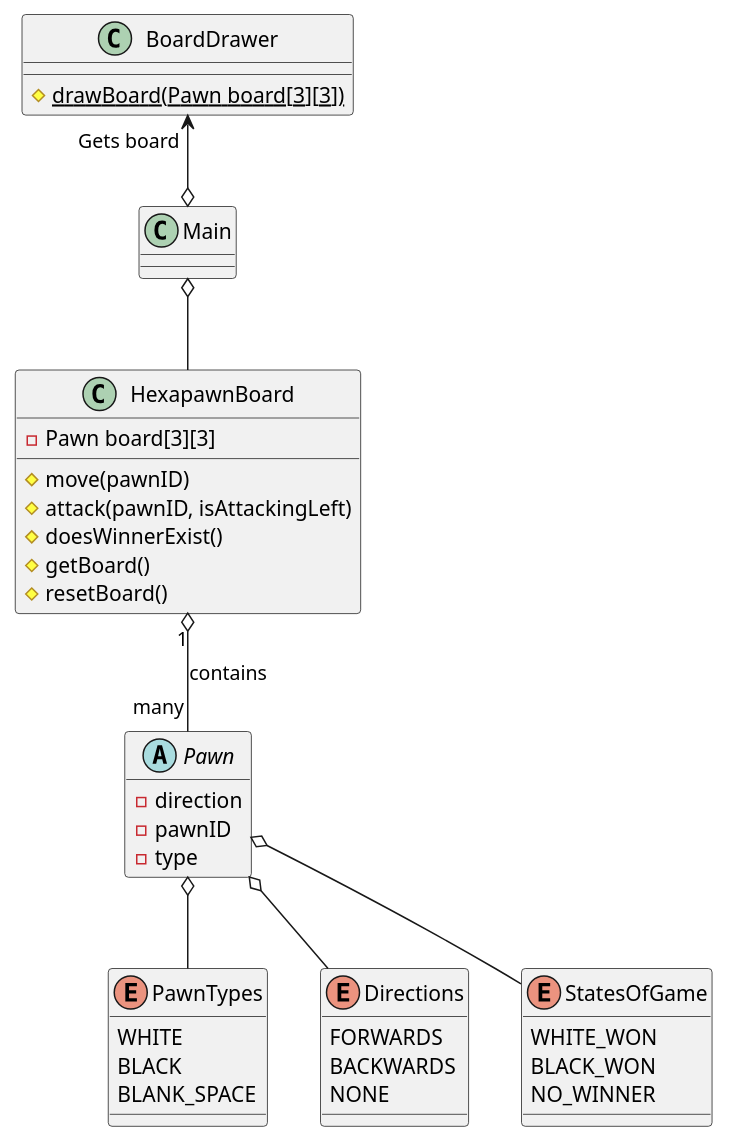
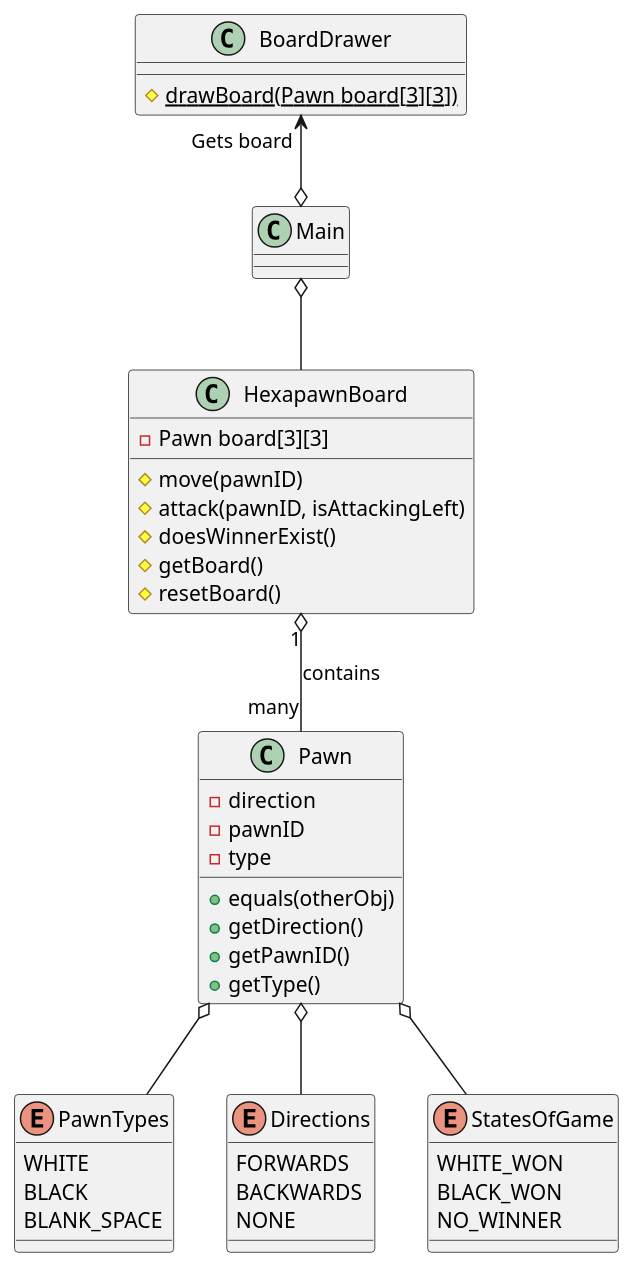
Before and after one commit to builderJP/hexapawn: the diagram in src/HexapawnClassDiagram.puml, drawn with PlantUML.

Commit message:
Docs: Updated UML Diagram

```diff
--- a/src/HexapawnClassDiagram.puml
+++ b/src/HexapawnClassDiagram.puml
@@ -1,73 +1,57 @@
 @startuml
 'https://plantuml.com/class-diagram
 
 
-abstract class Pawn{
+class Pawn{
     - direction
     - {field} pawnID
     - type
-    attack(isAttackingLeft)
-    move()
-}
-
-class PlayerPawn{
-    direction = up
-    # pawnID = 1, 2, or 3
-    type = PLAYER
-}
-
-class AIPawn{
-    direction = down
-    # pawnID = -1, -2, or -3
-    type = AI
+    + equals(otherObj)
+    + getDirection()
+    + getPawnID()
+    + getType()
 }
 
 class HexapawnBoard{
     - Pawn board[3][3]
     # move(pawnID)
     # attack(pawnID, isAttackingLeft)
     # doesWinnerExist()
     # getBoard()
     # resetBoard()
 }
 
 class BoardDrawer{
     # {static} drawBoard(Pawn board[3][3])
 }
 
 class Main{
 
 }
 
 enum PawnTypes{
     WHITE
     BLACK
     BLANK_SPACE
 }
 
 enum Directions{
     FORWARDS
     BACKWARDS
     NONE
 }
 
 enum StatesOfGame{
     WHITE_WON
     BLACK_WON
     NO_WINNER
 }
 
 Pawn o-- PawnTypes
 Pawn o-- Directions
 Pawn o-- StatesOfGame
 BoardDrawer "Gets board" <--o Main
 Main o-- HexapawnBoard
 HexapawnBoard "1" o-- "many" Pawn : contains
-Pawn <|-- PlayerPawn
-Pawn <|-- AIPawn
-
-hide PlayerPawn
-hide AIPawn
-hide Pawn methods
 
 @enduml
```
